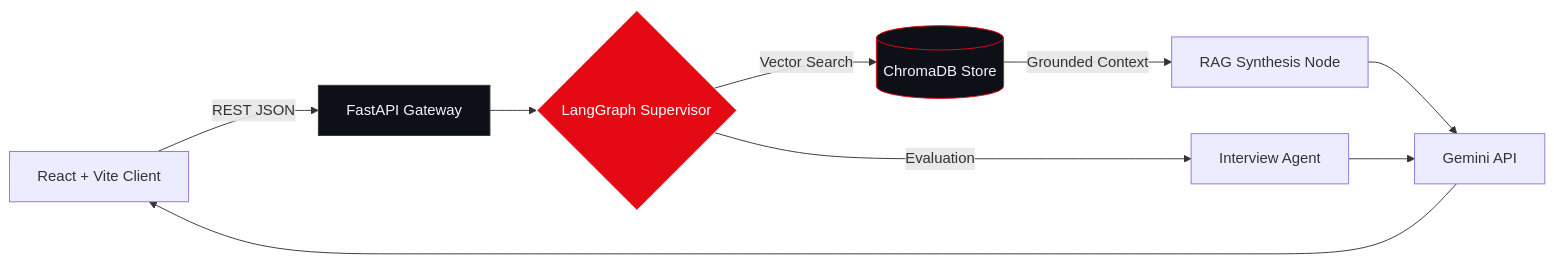
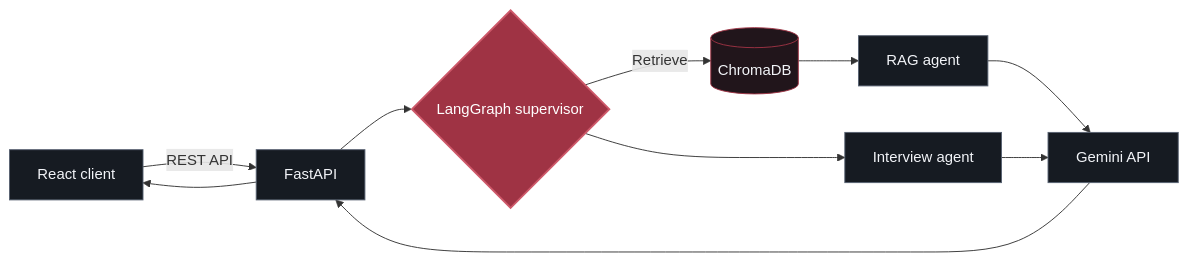
Before and after one commit to harsh24239/harsh24239: the diagram in README.md, drawn with Mermaid. The commit also changed other lines of this file, not shown here.

````diff
--- a/README.md
+++ b/README.md
@@ -91,14 +87,19 @@
 ```mermaid
 flowchart LR
-    UI["React + Vite Client"] -->|REST JSON| API["FastAPI Gateway"]
-    API --> SUP{"LangGraph Supervisor"}
-    SUP -->|Vector Search| VDB[("ChromaDB Store")]
-    VDB -->|Grounded Context| RAG["RAG Synthesis Node"]
-    SUP -->|Evaluation| INT["Interview Agent"]
+    UI["React client"] -->|REST API| API["FastAPI"]
+    API --> SUP{"LangGraph supervisor"}
+    SUP -->|Retrieve| DB[("ChromaDB")]
+    DB --> RAG["RAG agent"]
+    SUP --> INT["Interview agent"]
     RAG --> LLM["Gemini API"]
     INT --> LLM
-    LLM --> UI
-    style SUP fill:#E50914,stroke:#F0F6FC,color:#FFFFFF
-    style API fill:#0D1117,stroke:#30363D,color:#F0F6FC
-    style VDB fill:#0D1117,stroke:#E50914,color:#F0F6FC
+    LLM --> API
+    API --> UI
+
+    classDef core fill:#9F3344,color:#FFFFFF,stroke:#CE596A,stroke-width:2px;
+    classDef service fill:#161B22,color:#F2F4F8,stroke:#586272,stroke-width:1px;
+    classDef data fill:#21151B,color:#F2F4F8,stroke:#9F3344,stroke-width:1px;
+    class SUP core;
+    class UI,API,RAG,INT,LLM service;
+    class DB data;
 ```
````
